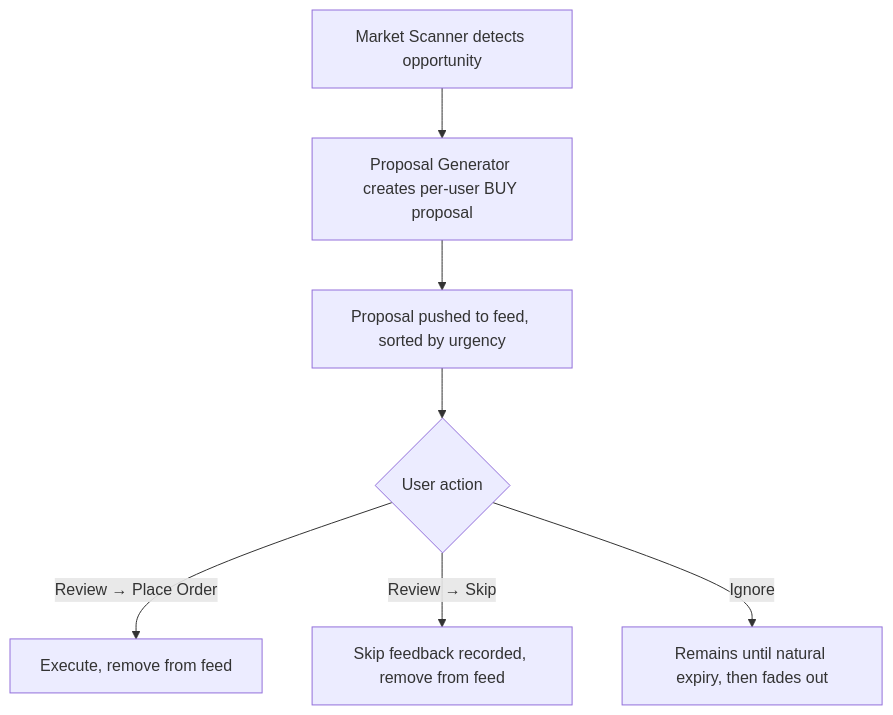
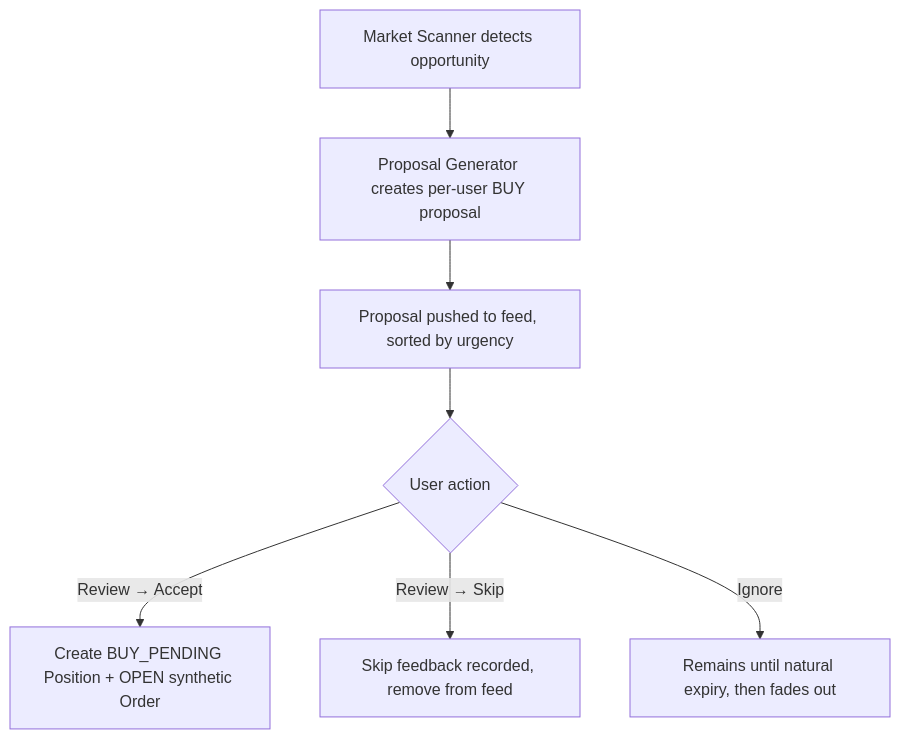
Before and after one commit to Omnis-Labs/tickr-ai: the second of 7 diagrams in docs/screens-and-flows.md, drawn with Mermaid. The commit also changed other lines of this file and 18 other files, not shown here.

````diff
--- a/docs/screens-and-flows.md
+++ b/docs/screens-and-flows.md
@@ -374,9 +375,9 @@
 ```mermaid
 flowchart TD
     A[Market Scanner detects opportunity] --> B[Proposal Generator creates per-user BUY proposal]
     B --> C[Proposal pushed to feed, sorted by urgency]
     C --> D{User action}
-    D -- Review → Place Order --> E[Execute, remove from feed]
+    D -- Review → Accept --> E[Create BUY_PENDING Position + OPEN synthetic Order]
     D -- Review → Skip --> F[Skip feedback recorded, remove from feed]
     D -- Ignore --> G[Remains until natural expiry, then fades out]
 ```
````
